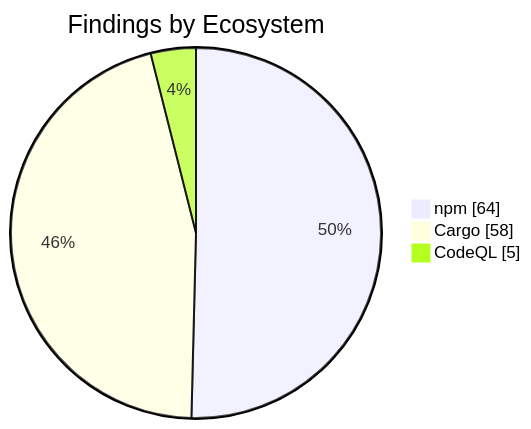
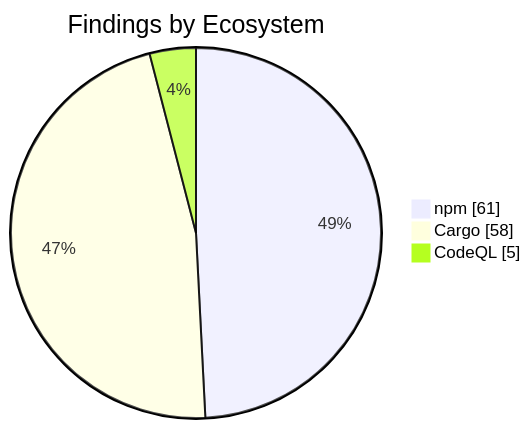
The second of 2 diagrams in apps/kbve/astro-kbve/src/content/docs/dashboard/security.mdx (KBVE/kbve), drawn with Mermaid before and after one commit. The commit also changed other lines of this file and 7 other files, not shown here.

````diff
--- a/apps/kbve/astro-kbve/src/content/docs/dashboard/security.mdx
+++ b/apps/kbve/astro-kbve/src/content/docs/dashboard/security.mdx
@@ -73,7 +73,7 @@
 ```mermaid
 pie showData
     title Findings by Ecosystem
-    "npm" : 64
+    "npm" : 61
     "Cargo" : 58
     "CodeQL" : 5
 ```
````
